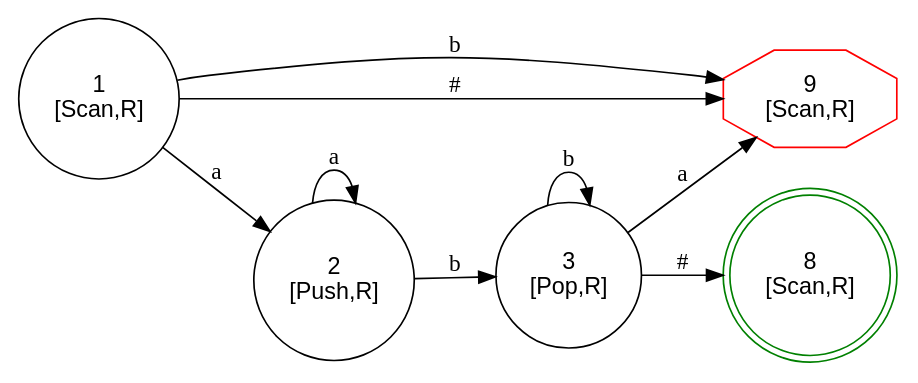
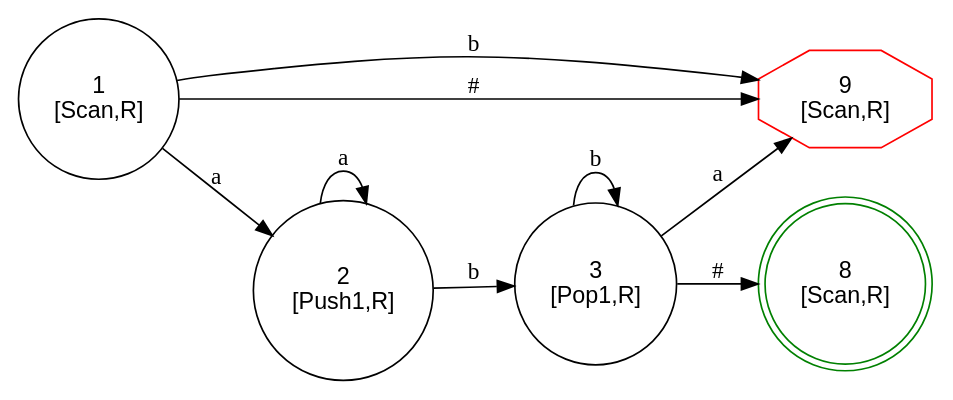
Before and after one commit to kokobabe99/turing_point: the diagram in dots/pda.dot, drawn with Graphviz. The commit also changed 10 other files, not shown here.

```diff
--- a/dots/pda.dot
+++ b/dots/pda.dot
@@ -1,16 +1,16 @@
 digraph FSM {
   rankdir=LR; node [shape=circle, fontname="Arial"];
   1 [label="1\n[Scan,R]", shape=circle];
   1 -> 9 [label="b"];
   1 -> 9 [label="#"];
   1 -> 2 [label="a"];
-  2 [label="2\n[Push,R]", shape=circle];
+  2 [label="2\n[Push1,R]", shape=circle];
   2 -> 2 [label="a"];
   2 -> 3 [label="b"];
-  3 [label="3\n[Pop,R]", shape=circle];
+  3 [label="3\n[Pop1,R]", shape=circle];
   3 -> 3 [label="b"];
   3 -> 8 [label="#"];
   3 -> 9 [label="a"];
   8 [label="8\n[Scan,R]", shape=doublecircle, color="green"];
   9 [label="9\n[Scan,R]", shape=octagon, color="red"];
 }
```
